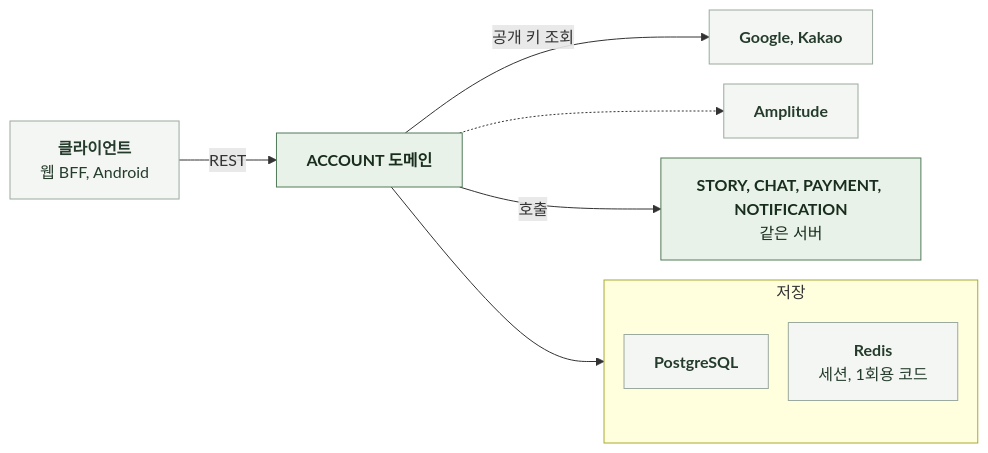
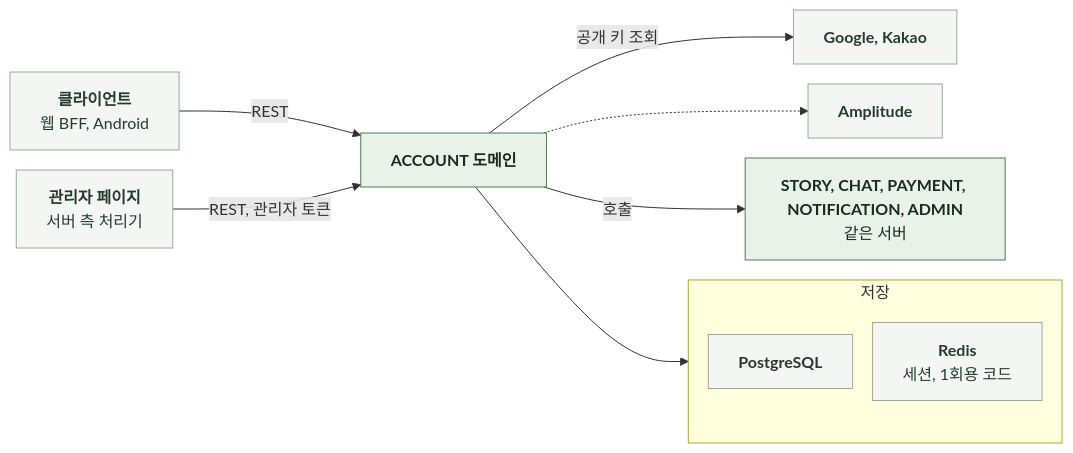
One commit to KIM-N-KANG/knk-harness changed the diagram in docs/domain/ACCOUNT/BACKEND/3-1-SOFTWARE-ARCHITECTURE.md. Above: the diagram before and after it, drawn with Mermaid. The commit also changed other lines of this file and 128 other files, not shown here.

First line of the commit message:
[KNK-1728] Docs: 관리자 페이지 스펙 (#416)

````diff
--- a/docs/domain/ACCOUNT/BACKEND/3-1-SOFTWARE-ARCHITECTURE.md
+++ b/docs/domain/ACCOUNT/BACKEND/3-1-SOFTWARE-ARCHITECTURE.md
@@ -22,21 +23,23 @@
 ```mermaid
 %%{init: {"flowchart": {"curve": "basis", "nodeSpacing": 20, "rankSpacing": 60}}}%%
 flowchart LR
     C["`**클라이언트**
 웹 BFF, Android`"] -->|REST| S["`**ACCOUNT 도메인**`"]
+    AP["`**관리자 페이지**
+서버 측 처리기`"] -->|REST, 관리자 토큰| S
     S -->|공개 키 조회| P["`**Google, Kakao**`"]
     S --> ST
     subgraph ST["저장"]
         direction TB
         DB["`**PostgreSQL**`"]
         R["`**Redis**
 세션, 1회용 코드`"]
     end
     S -.-> AM["`**Amplitude**`"]
-    S -->|호출| O["`**STORY, CHAT, PAYMENT, NOTIFICATION**
+    S -->|호출| O["`**STORY, CHAT, PAYMENT, NOTIFICATION, ADMIN**
 같은 서버`"]
     classDef ext fill:#F4F6F4,stroke:#9BA99E,color:#253C2C
     classDef comp fill:#E8F2E8,stroke:#527A59,color:#182D1D
-    class C,P,DB,R,AM ext
+    class C,AP,P,DB,R,AM ext
     class S,O comp
 ```
````
